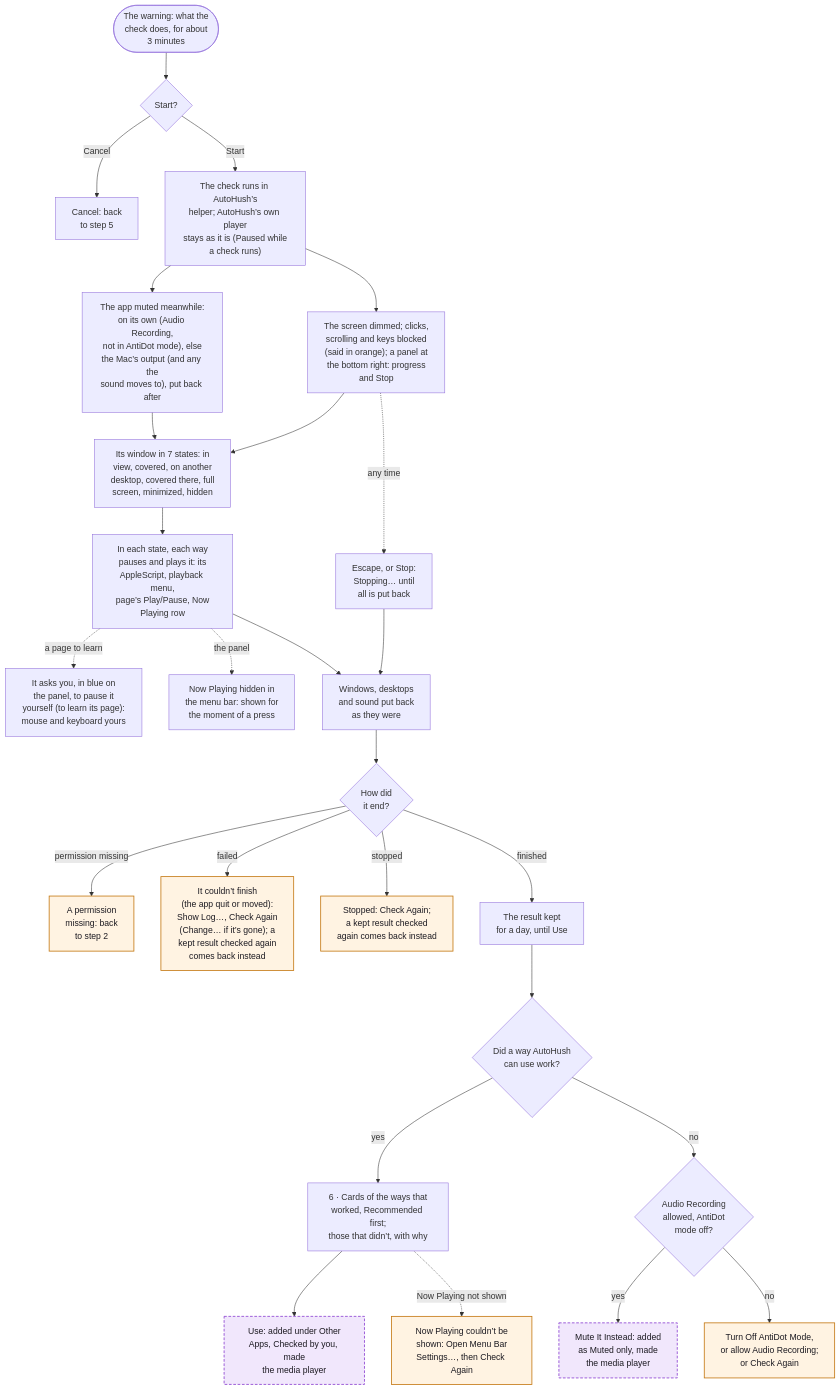
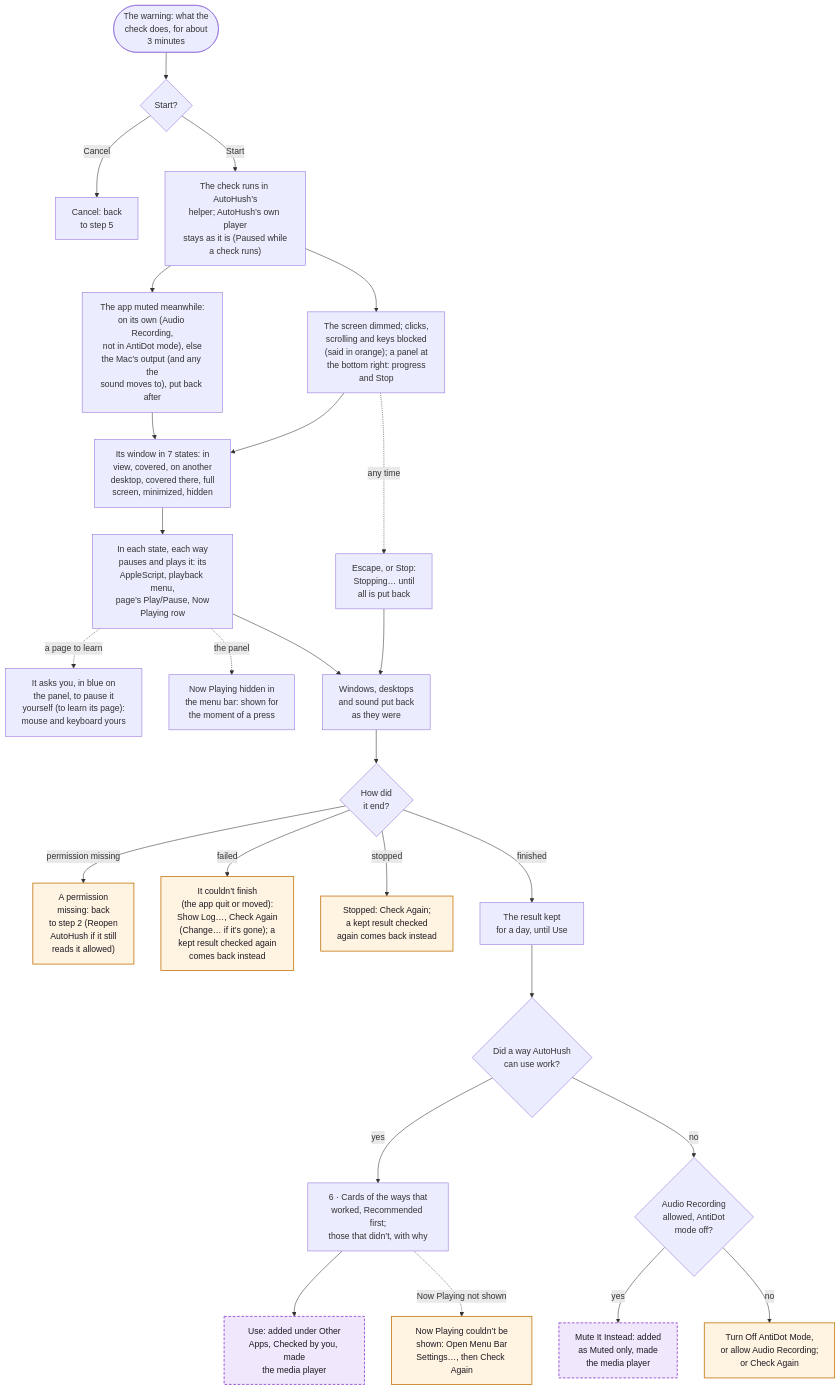
The tenth of 14 diagrams in WORKFLOWS.md (hfustercabre/AutoHush), drawn with Mermaid before and after one commit. The commit also changed other lines of this file and 12 other files, not shown here.

````diff
--- a/WORKFLOWS.md
+++ b/WORKFLOWS.md
@@ -497,56 +497,56 @@
 ```mermaid
 flowchart TD
   WARN(["The warning: what the<br/>check does, for about<br/>3 minutes"])
   GO{"Start?"}
   BACK["Cancel: back<br/>to step 5"]
   RUN["The check runs in AutoHush’s<br/>helper; AutoHush’s own player<br/>stays as it is (Paused while<br/>a check runs)"]
   BLOCK["The screen dimmed; clicks,<br/>scrolling and keys blocked<br/>(said in orange); a panel at<br/>the bottom right: progress<br/>and Stop"]
   MUTE["The app muted meanwhile:<br/>on its own (Audio Recording,<br/>not in AntiDot mode), else<br/>the Mac’s output (and any the<br/>sound moves to), put back after"]
   STATES["Its window in 7 states: in<br/>view, covered, on another<br/>desktop, covered there, full<br/>screen, minimized, hidden"]
   WAYS["In each state, each way<br/>pauses and plays it: its<br/>AppleScript, playback menu,<br/>page’s Play/Pause, Now<br/>Playing row"]
   ASK["It asks you, in blue on<br/>the panel, to pause it<br/>yourself (to learn its page):<br/>mouse and keyboard yours"]
   SHOW["Now Playing hidden in<br/>the menu bar: shown for<br/>the moment of a press"]
   STOP["Escape, or Stop:<br/>Stopping… until<br/>all is put back"]
   PUT["Windows, desktops<br/>and sound put back<br/>as they were"]
   HOW{"How did<br/>it end?"}
-  PERM["A permission<br/>missing: back<br/>to step 2"]
+  PERM["A permission<br/>missing: back<br/>to step 2 (Reopen<br/>AutoHush if it still<br/>reads it allowed)"]
   FAIL["It couldn’t finish<br/>(the app quit or moved):<br/>Show Log…, Check Again<br/>(Change… if it’s gone); a<br/>kept result checked again<br/>comes back instead"]
   STOPPED["Stopped: Check Again;<br/>a kept result checked<br/>again comes back instead"]
   KEEP["The result kept<br/>for a day, until Use"]
   ANY{"Did a way AutoHush<br/>can use work?"}
   CARDS["6 · Cards of the ways that<br/>worked, Recommended first;<br/>those that didn’t, with why"]
   USE["Use: added under Other<br/>Apps, Checked by you, made<br/>the media player"]
   NPH["Now Playing couldn’t be<br/>shown: Open Menu Bar<br/>Settings…, then Check Again"]
   MUT{"Audio Recording<br/>allowed, AntiDot<br/>mode off?"}
   MII["Mute It Instead: added<br/>as Muted only, made<br/>the media player"]
   ANTI["Turn Off AntiDot Mode,<br/>or allow Audio Recording;<br/>or Check Again"]
 
   WARN --> GO
   GO -->|"Cancel"| BACK
   GO -->|"Start"| RUN
   RUN --> BLOCK
   RUN --> MUTE
   BLOCK --> STATES
   MUTE --> STATES
   STATES --> WAYS
   WAYS -.->|"a page to learn"| ASK
   WAYS -.->|"the panel"| SHOW
   BLOCK -.->|"any time"| STOP
   STOP --> PUT
   WAYS --> PUT
   PUT --> HOW
   HOW -->|"finished"| KEEP --> ANY
   HOW -->|"permission missing"| PERM
   HOW -->|"failed"| FAIL
   HOW -->|"stopped"| STOPPED
   ANY -->|"yes"| CARDS --> USE
   CARDS -.->|"Now Playing not shown"| NPH
   ANY -->|"no"| MUT
   MUT -->|"yes"| MII
   MUT -->|"no"| ANTI
 
   class USE,MII ref
   class FAIL,STOPPED,PERM,NPH,ANTI warn
   classDef ref fill:#f1e7fc,stroke:#8a3fd1,stroke-width:1.5px,stroke-dasharray: 5 3,color:#1d1b22
   classDef warn fill:#fff3e2,stroke:#c47812,stroke-width:1.5px,color:#1d1b22
 ```
````
